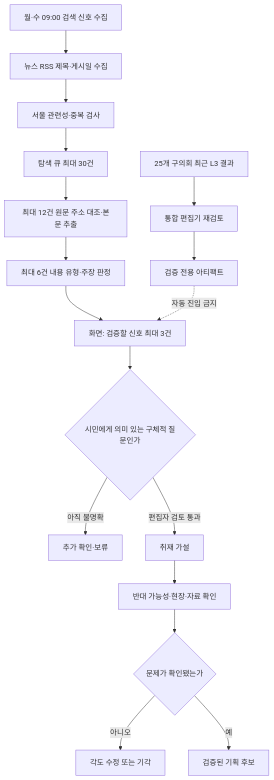
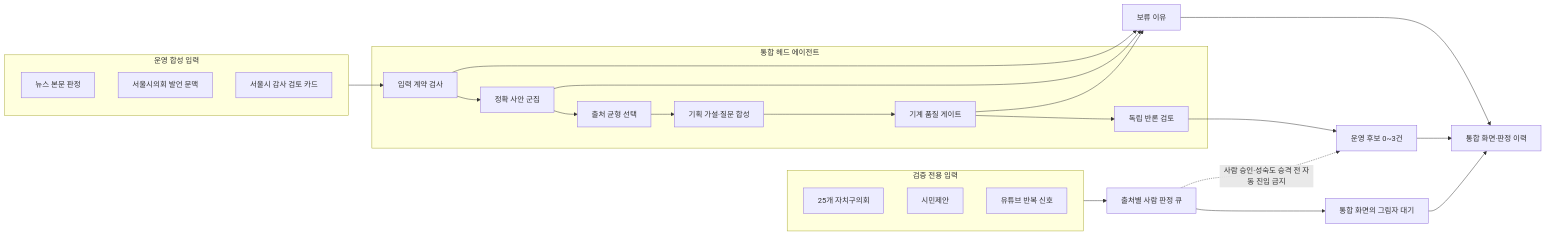
The diagram in editorial-v3/SYSTEM_ARCHITECTURE.md (onetym77-bit/news-item-radar), drawn with Mermaid before and after one commit. The commit also changed other lines of this file, not shown here.

Commit message:
docs: visualize integrated head architecture

````diff
--- a/editorial-v3/SYSTEM_ARCHITECTURE.md
+++ b/editorial-v3/SYSTEM_ARCHITECTURE.md
@@ -9,20 +9,32 @@
 ```mermaid
-flowchart TD
-    A[월·수 09:00 검색 신호 수집] --> B[뉴스 RSS 제목·게시일 수집]
-    B --> C[서울 관련성·중복 검사]
-    C --> D[탐색 큐 최대 30건]
-    D --> F[최대 12건 원문 주소 대조·본문 추출]
-    F --> Q[최대 6건 내용 유형·주장 판정]
-    Q --> E[화면: 검증할 신호 최대 3건]
-    E --> G{시민에게 의미 있는 구체적 질문인가}
-    G -->|아직 불명확| H[추가 확인·보류]
-    G -->|편집자 검토 통과| I[취재 가설]
-    I --> J[반대 가능성·현장·자료 확인]
-    J --> K{문제가 확인됐는가}
-    K -->|아니오| L[각도 수정 또는 기각]
-    K -->|예| M[검증된 기획 후보]
-
-    Z[25개 구의회 최근 L3 결과] --> Z1[통합 편집기 재검토]
-    Z1 --> Z2[검증 전용 아티팩트]
-    Z2 -. 자동 진입 금지 .-> E
+flowchart LR
+  subgraph P[운영 합성 입력]
+    N[뉴스 본문 판정]
+    S[서울시의회 발언 문맥]
+    A[서울시 감사 검토 카드]
+  end
+  subgraph W[검증 전용 입력]
+    D[25개 자치구의회]
+    C[시민제안]
+    Y[유튜브 반복 신호]
+  end
+  subgraph H[통합 헤드 에이전트]
+    H1[입력 계약 검사]
+    H2[정확 사안 군집]
+    H3[출처 균형 선택]
+    H4[기획 가설·질문 합성]
+    H5[기계 품질 게이트]
+    H6[독립 반론 검토]
+  end
+  P --> H1 --> H2 --> H3 --> H4 --> H5 --> H6
+  H6 --> O[운영 후보 0~3건]
+  W --> R[출처별 사람 판정 큐]
+  R --> U[통합 화면의 그림자 대기]
+  R -. 사람 승인·성숙도 승격 전 자동 진입 금지 .-> O
+  H1 --> X[보류 이유]
+  H2 --> X
+  H5 --> X
+  O --> UI[통합 화면·판정 이력]
+  U --> UI
+  X --> UI
 ```
````
